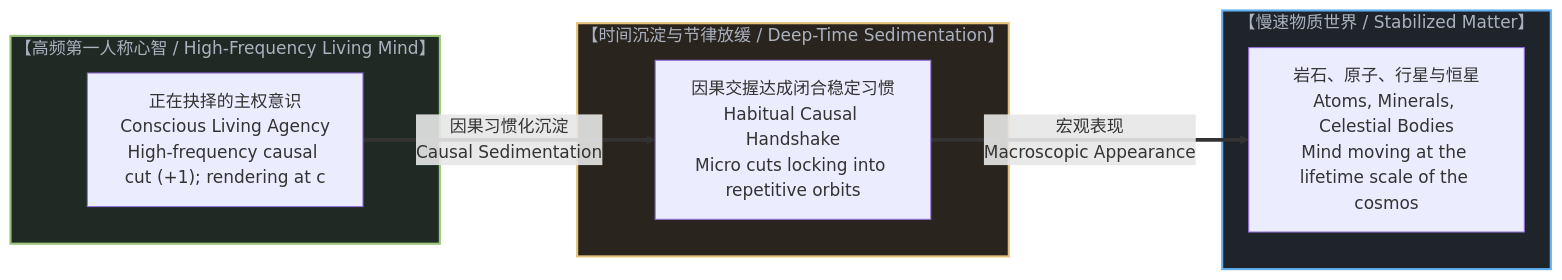
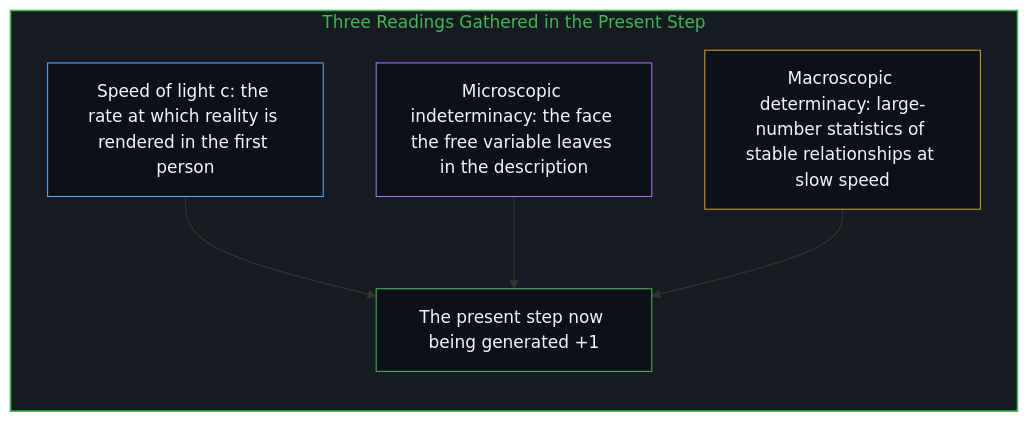
One commit to powerpig99/not-a-toe changed diagram 12 of 12 in content/posts/when-electrons-think.md. Above: the diagram before and after it, drawn with Mermaid. The commit also changed other lines of this file and 2 other files, not shown here.

Commit message:
Refine when-electrons-think: alternating bilingual layout, six paired diagrams, two faces of one thing, implicit first person

````diff
--- a/content/posts/when-electrons-think.md
+++ b/content/posts/when-electrons-think.md
@@ -283,21 +375,19 @@
 ```mermaid
-graph LR
-    subgraph ActiveMind["【高频第一人称心智 / High-Frequency Living Mind】"]
-        LivingConsciousness["正在抉择的主权意识<br>Conscious Living Agency<br>High-frequency causal cut (+1); rendering at c"]
+flowchart TD
+    subgraph S_Step["Three Readings Gathered in the Present Step"]
+        direction TB
+        Light["Speed of light c: the rate at which reality is rendered in the first person"]
+        Micro["Microscopic indeterminacy: the face the free variable leaves in the description"]
+        Macro["Macroscopic determinacy: large-number statistics of stable relationships at slow speed"]
+        Now["The present step now being generated +1"]
+        Light --> Now
+        Micro --> Now
+        Macro --> Now
     end
 
-    subgraph SedimentationTransition["【时间沉淀与节律放缓 / Deep-Time Sedimentation】"]
-        RelationalFreezing["因果交握达成闭合稳定习惯<br>Habitual Causal Handshake<br>Micro cuts locking into repetitive orbits"]
-    end
-
-    subgraph StabilizedMatter["【慢速物质世界 / Stabilized Matter】"]
-        RockAndPlanet["岩石、原子、行星与恒星<br>Atoms, Minerals, Celestial Bodies<br>Mind moving at the lifetime scale of the cosmos"]
-    end
-
-    LivingConsciousness ==>|"因果习惯化沉淀<br>Causal Sedimentation"| RelationalFreezing
-    RelationalFreezing ==>|"宏观表现<br>Macroscopic Appearance"| RockAndPlanet
-
-    style ActiveMind fill:#1f2a24,stroke:#98c379,stroke-width:2px,color:#abb2bf
-    style SedimentationTransition fill:#2a241f,stroke:#e5c07b,stroke-width:2px,color:#abb2bf
-    style StabilizedMatter fill:#1f242a,stroke:#61afef,stroke-width:2px,color:#abb2bf
+    style S_Step fill:#161b22,stroke:#3fb950,stroke-width:1.5px,color:#3fb950
+    style Light fill:#0d1117,stroke:#58a6ff,stroke-width:1px,color:#f0f6fc
+    style Micro fill:#0d1117,stroke:#a371f7,stroke-width:1px,color:#f0f6fc
+    style Macro fill:#0d1117,stroke:#d29922,stroke-width:1px,color:#f0f6fc
+    style Now fill:#0d1117,stroke:#3fb950,stroke-width:1px,color:#f0f6fc
 ```
````
